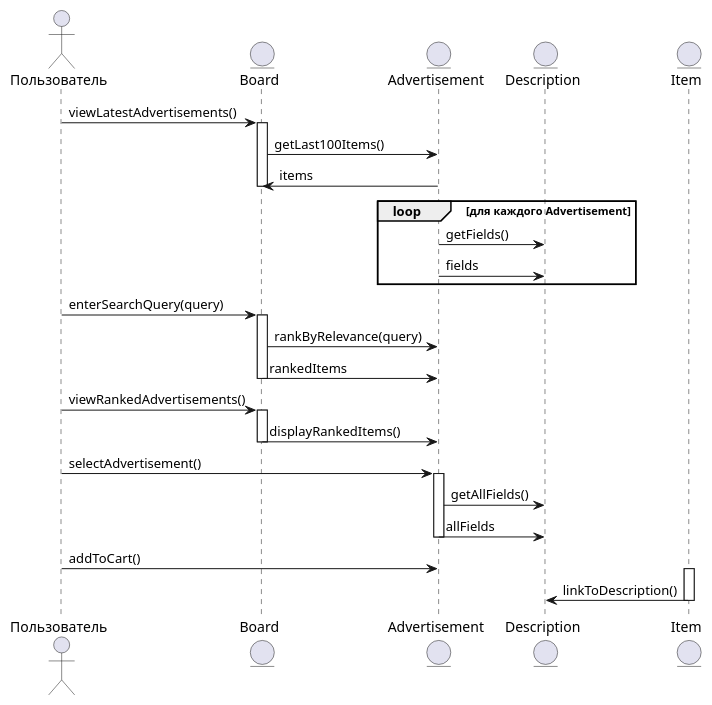
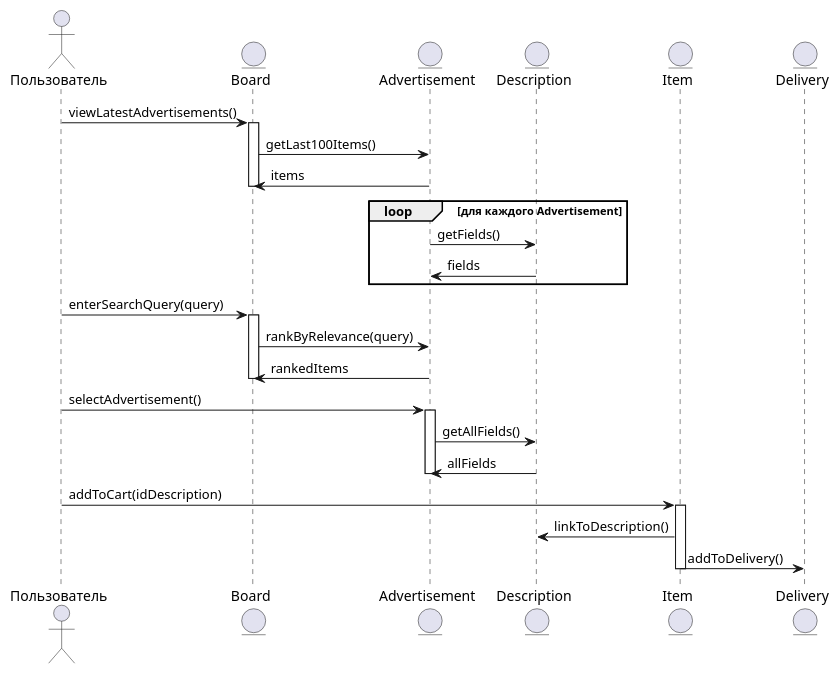
The diagram in Диаграмма последовательности Поиск объявлений.md (penamarth/bsbo-01-22_team1_var13), drawn with PlantUML before and after one commit.

Commit message:
Update Диаграмма последовательности Поиск объявлений.md

````diff
--- a/Диаграмма последовательности Поиск объявлений.md
+++ b/Диаграмма последовательности Поиск объявлений.md
@@ -2,44 +2,41 @@
 ```plantuml
 @startuml
 
 actor Пользователь
 entity Board
 entity Advertisement
 entity Description
 entity Item
+entity Delivery
 
 Пользователь -> Board : viewLatestAdvertisements()
 activate Board
 Board -> Advertisement : getLast100Items()
 Board <- Advertisement : items
 deactivate Board
 
 loop для каждого Advertisement
 Advertisement -> Description : getFields()
-Description <- Advertisement : fields
+Description -> Advertisement : fields
 end
 
 Пользователь -> Board : enterSearchQuery(query)
 activate Board
 Board -> Advertisement : rankByRelevance(query)
-Advertisement <- Board : rankedItems
-deactivate Board
-
-Пользователь -> Board : viewRankedAdvertisements()
-activate Board
-Board -> Advertisement : displayRankedItems()
+Advertisement -> Board : rankedItems
 deactivate Board
 
 Пользователь -> Advertisement : selectAdvertisement()
 activate Advertisement
 Advertisement -> Description : getAllFields()
-Description <- Advertisement : allFields
+Description -> Advertisement : allFields
 deactivate Advertisement
 
-Пользователь -> Advertisement : addToCart()
+Пользователь -> Item : addToCart(idDescription)
 activate Item
 Item -> Description : linkToDescription()
+Item -> Delivery : addToDelivery()
 deactivate Item
 
 @enduml
 ```
````
